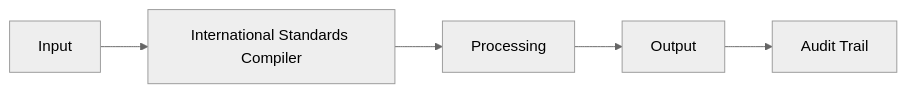
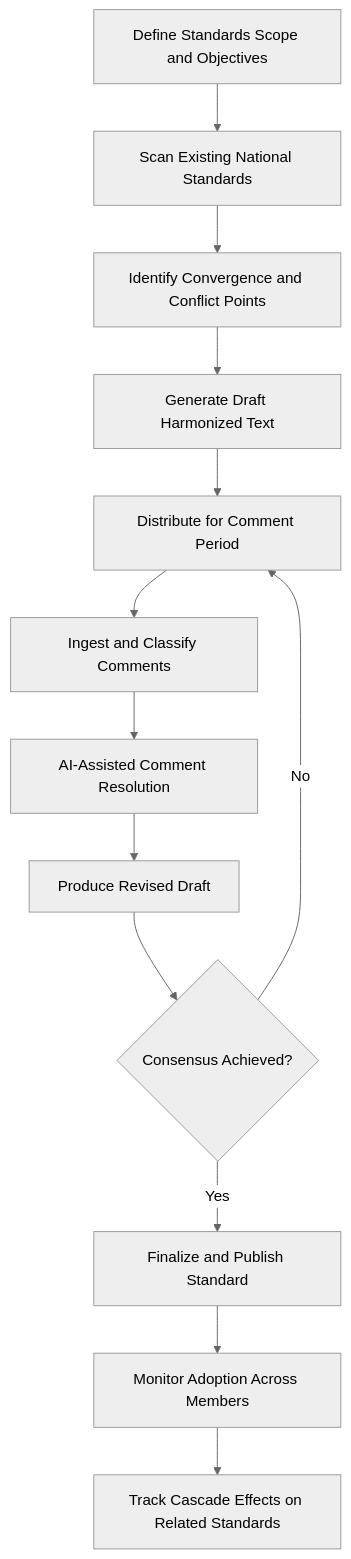
Before and after one commit to andrew-leo-2024/marketplace-docs: the diagram in docs/audiences/04-international-institutions/international-standards-compiler.mdx, drawn with Mermaid (neutral theme). The commit also changed other lines of this file and 401 other files, not shown here.

````diff
--- a/docs/audiences/04-international-institutions/international-standards-compiler.mdx
+++ b/docs/audiences/04-international-institutions/international-standards-compiler.mdx
@@ -29,7 +35,15 @@
 ```mermaid
-graph LR
-    A[Input] --> B[International Standards Compiler]
-    B --> C[Processing]
-    C --> D[Output]
-    D --> E[Audit Trail]
+graph TD
+    A[Define Standards Scope and Objectives] --> B[Scan Existing National Standards]
+    B --> C[Identify Convergence and Conflict Points]
+    C --> D[Generate Draft Harmonized Text]
+    D --> E[Distribute for Comment Period]
+    E --> F[Ingest and Classify Comments]
+    F --> G[AI-Assisted Comment Resolution]
+    G --> H[Produce Revised Draft]
+    H --> I{Consensus Achieved?}
+    I -->|Yes| J[Finalize and Publish Standard]
+    I -->|No| E
+    J --> K[Monitor Adoption Across Members]
+    K --> L[Track Cascade Effects on Related Standards]
 ```
````
